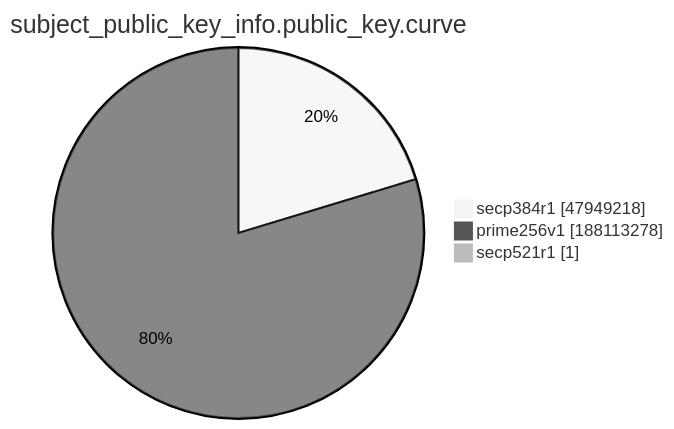
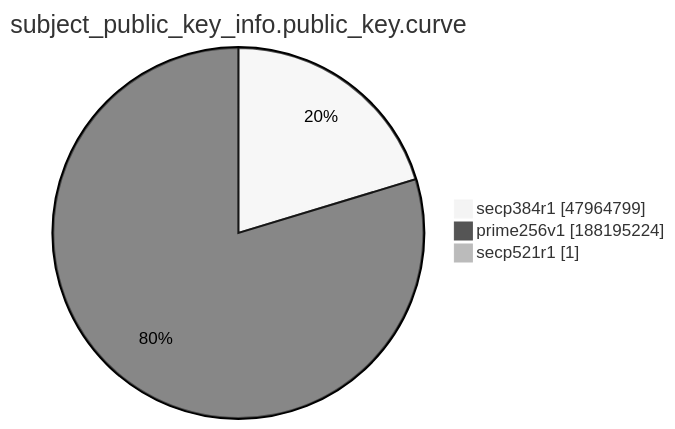
The ninth of 15 diagrams in xenon2022/README.md (christiankrug/ctmonitor_visualization), drawn with Mermaid (neutral theme) before and after one commit. The commit also changed other lines of this file, not shown here.

````diff
--- a/xenon2022/README.md
+++ b/xenon2022/README.md
@@ -2874,7 +2874,7 @@
 ```mermaid
 pie showData
 title subject_public_key_info.public_key.curve
-"secp384r1" :47949218
-"prime256v1" :188113278
+"secp384r1" :47964799
+"prime256v1" :188195224
 "secp521r1" :1
 ```
````
